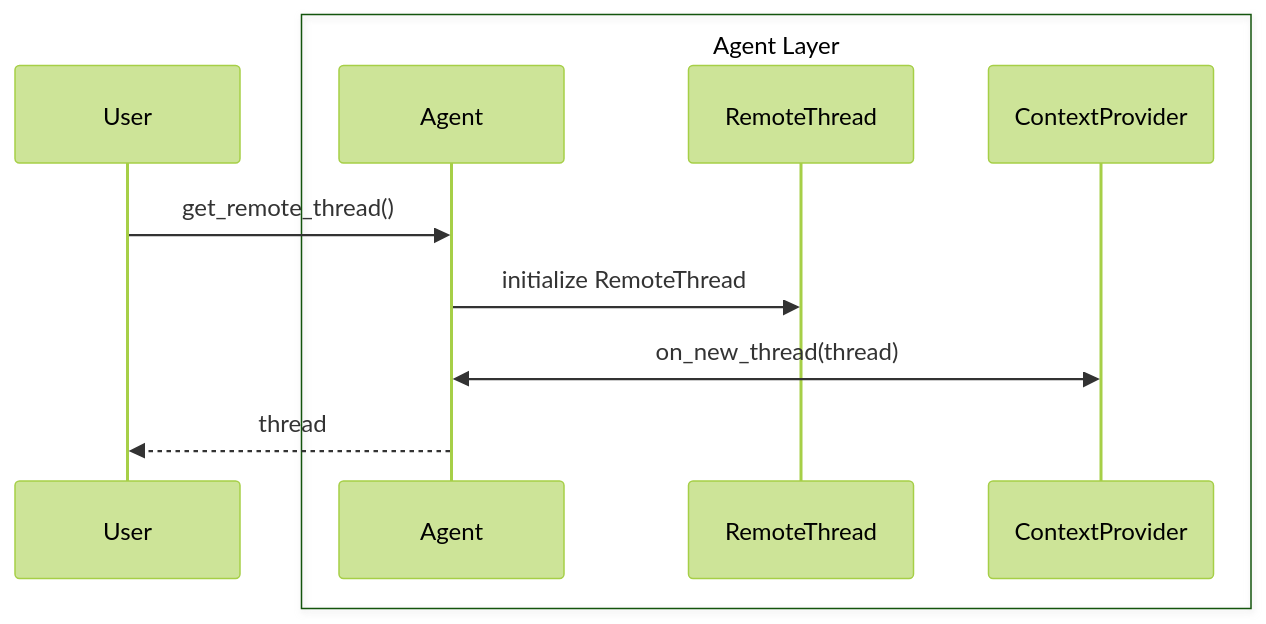
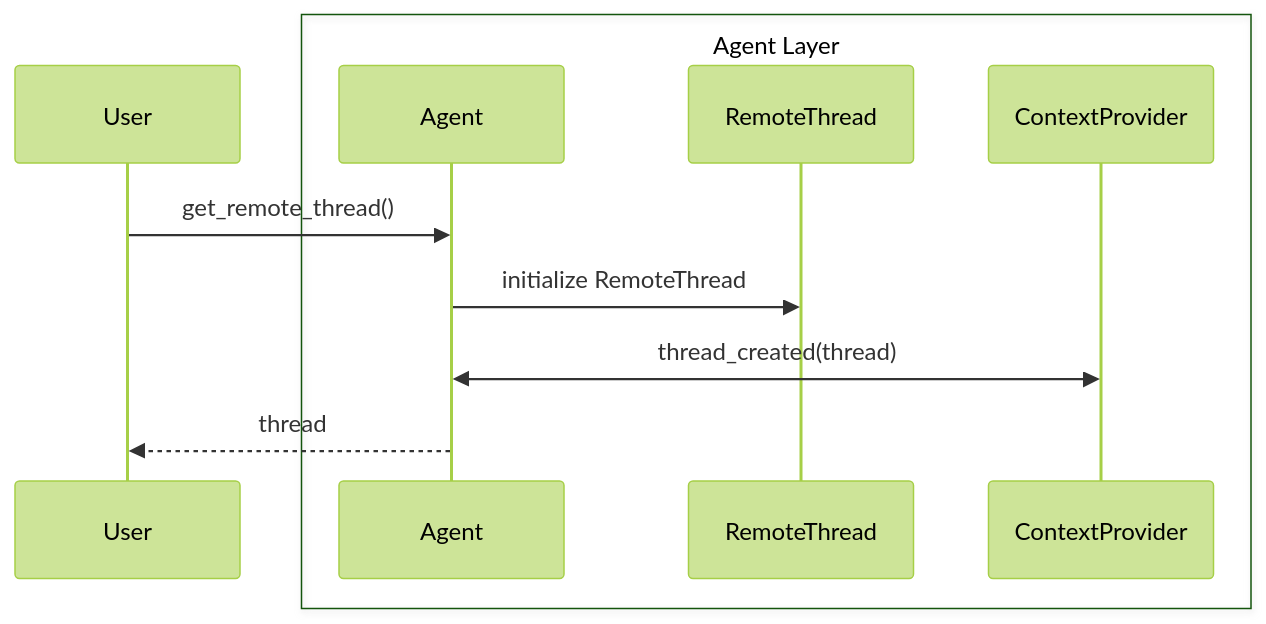
The fifth of 7 diagrams in docs/decisions/00XX-python-agent-threads.md (microsoft/agent-framework), drawn with Mermaid (forest theme) before and after one commit. The commit also changed other lines of this file, not shown here.

Commit message:
updated flows

````diff
--- a/docs/decisions/00XX-python-agent-threads.md
+++ b/docs/decisions/00XX-python-agent-threads.md
@@ -194,15 +194,15 @@
 ```mermaid
 sequenceDiagram
         participant User
     box Agent Layer
         participant Agent
         participant RemoteThread
         participant ContextProvider
     end
 
 
     User->>Agent: get_remote_thread()
     Agent->>RemoteThread: initialize RemoteThread
-    Agent<<->>ContextProvider: on_new_thread(thread)
+    Agent<<->>ContextProvider: thread_created(thread)
     Agent-->>User: thread
 ```
````
